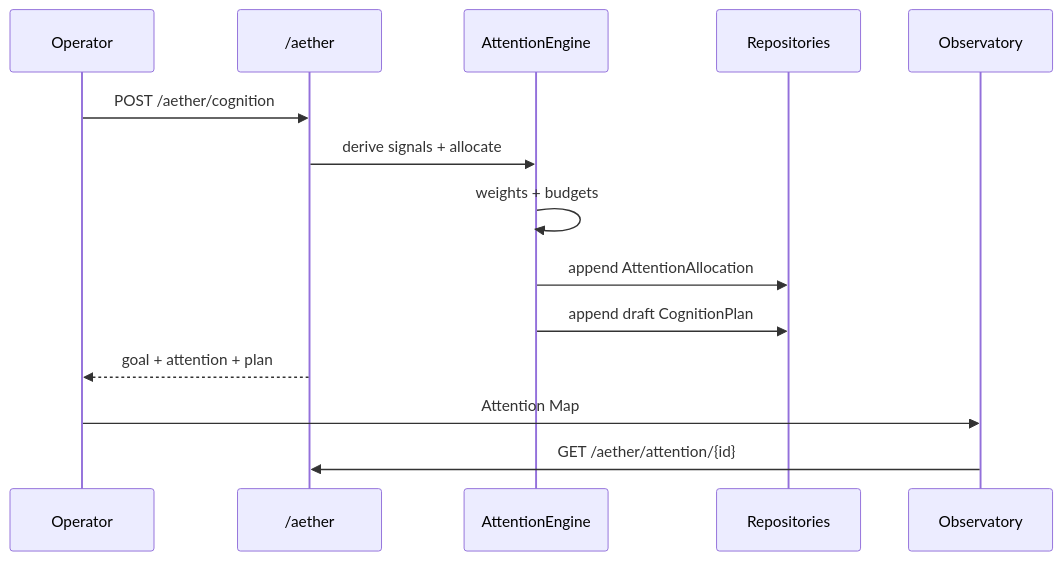
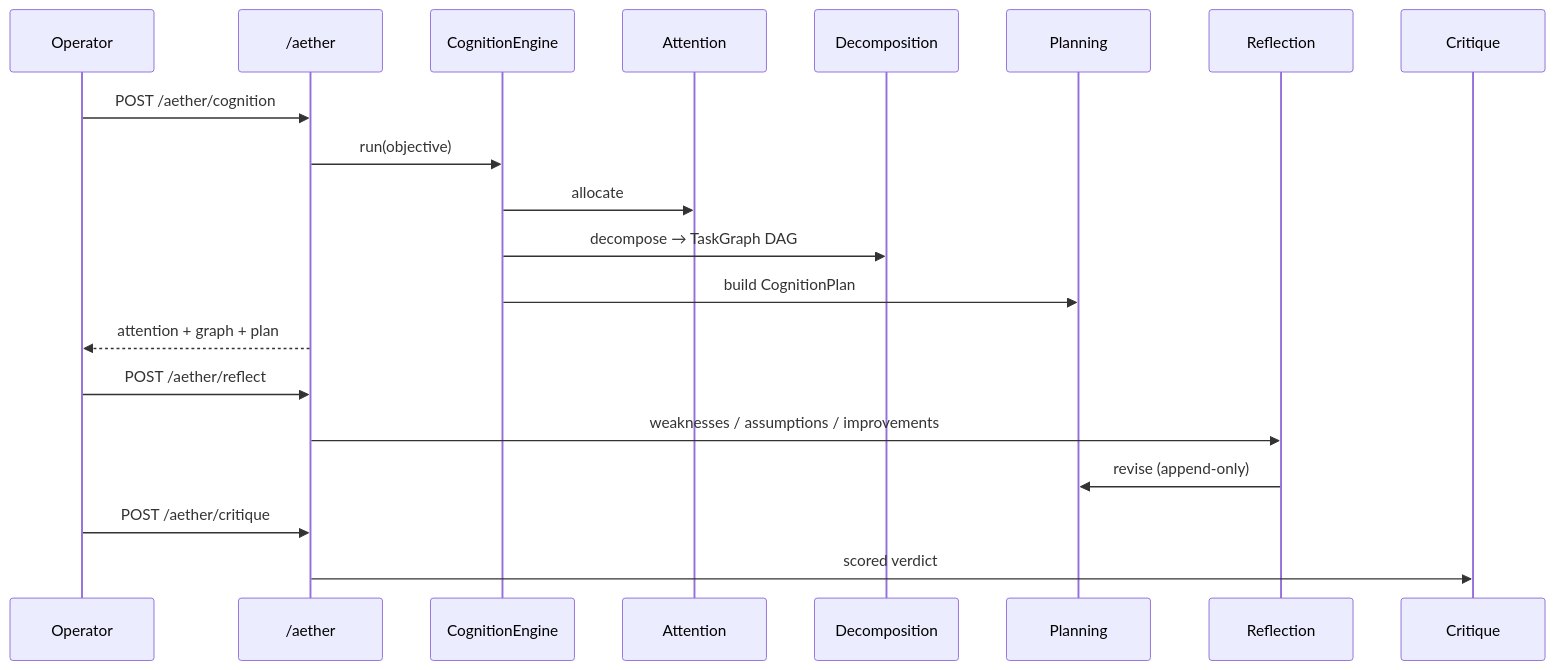
One commit to ShouryaVeggalam/AetherOS changed the first of 2 diagrams in docs/aether_lab.md. Above: the diagram before and after it, drawn with Mermaid. The commit also changed other lines of this file and 36 other files, not shown here.

First line of the commit message:
feat(aether): Modules 2–4 — decompose, plan, reflect, critique

````diff
--- a/docs/aether_lab.md
+++ b/docs/aether_lab.md
@@ -15,17 +13,23 @@
 ```mermaid
 sequenceDiagram
     participant Op as Operator
     participant API as /aether
-    participant Att as AttentionEngine
-    participant Repo as Repositories
-    participant Obs as Observatory
+    participant Cog as CognitionEngine
+    participant Att as Attention
+    participant Dec as Decomposition
+    participant Plan as Planning
+    participant Ref as Reflection
+    participant Crit as Critique
 
     Op->>API: POST /aether/cognition
-    API->>Att: derive signals + allocate
-    Att->>Att: weights + budgets
-    Att->>Repo: append AttentionAllocation
-    Att->>Repo: append draft CognitionPlan
-    API-->>Op: goal + attention + plan
-    Op->>Obs: Attention Map
-    Obs->>API: GET /aether/attention/{id}
+    API->>Cog: run(objective)
+    Cog->>Att: allocate
+    Cog->>Dec: decompose → TaskGraph DAG
+    Cog->>Plan: build CognitionPlan
+    API-->>Op: attention + graph + plan
+    Op->>API: POST /aether/reflect
+    API->>Ref: weaknesses / assumptions / improvements
+    Ref->>Plan: revise (append-only)
+    Op->>API: POST /aether/critique
+    API->>Crit: scored verdict
 ```
````
